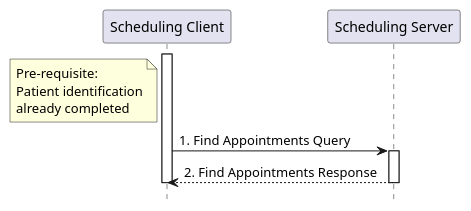
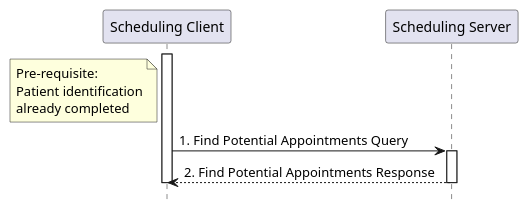
The diagram in input/images-source/findappointments-processflow.plantuml (IHE/ITI.Scheduling), drawn with PlantUML before and after one commit. The commit also changed 7 other files, not shown here.

```diff
--- a/input/images-source/findappointments-processflow.plantuml
+++ b/input/images-source/findappointments-processflow.plantuml
@@ -1,17 +1,17 @@
 @startuml findappointments-processflow
 skinparam svgDimensionStyle false
 hide footbox
 participant "Scheduling Client" as Client
 participant "Scheduling Server" as Server
 note left of Client
 Pre-requisite: 
 Patient identification
 already completed
 end note
 activate "Client"
-"Client" -> "Server" : 1. Find Appointments Query
+"Client" -> "Server" : 1. Find Potential Appointments Query
 activate "Server"
-"Server" --> "Client" : 2. Find Appointments Response
+"Server" --> "Client" : 2. Find Potential Appointments Response
 deactivate "Server"
 deactivate "Client"
 @enduml
```
